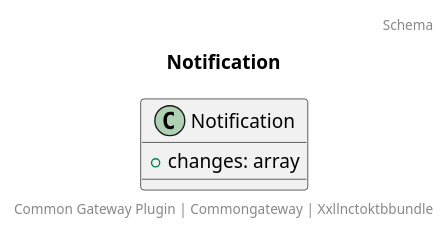
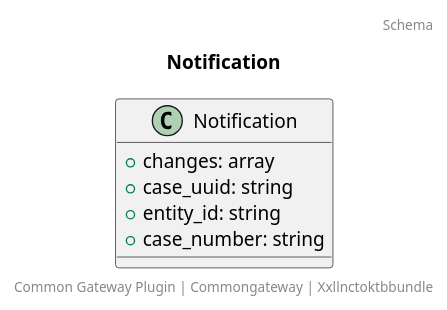
Before and after one commit to CommonGateway/XxllncToKTBBundle: the diagram in docs/schema/xxllnctoktb.notification.puml, drawn with PlantUML. The commit also changed 2 other files, not shown here.

```diff
--- a/docs/schema/xxllnctoktb.notification.puml
+++ b/docs/schema/xxllnctoktb.notification.puml
@@ -1,9 +1,12 @@
 @startuml
 title: Notification
 footer: Common Gateway Plugin | Commongateway | Xxllnctoktbbundle 
 header: Schema
 
 class Notification {
   + changes: array
+  + case_uuid: string
+  + entity_id: string
+  + case_number: string
 }
 @enduml
```
